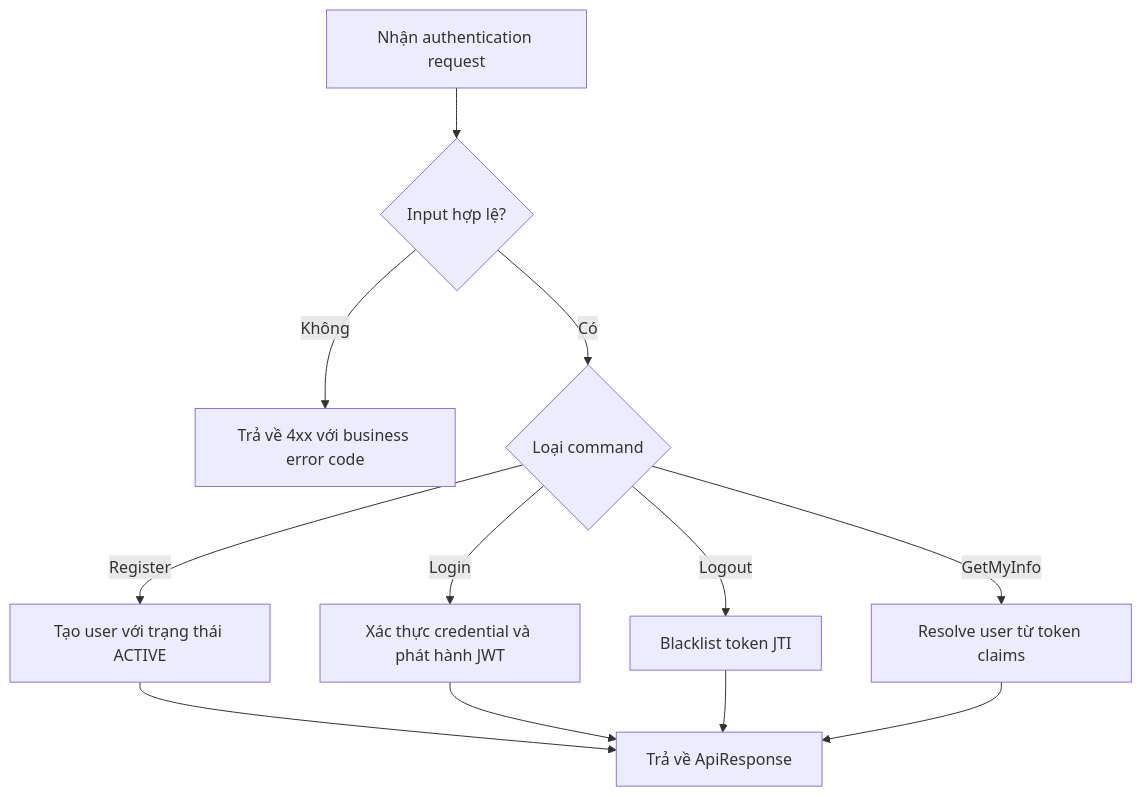
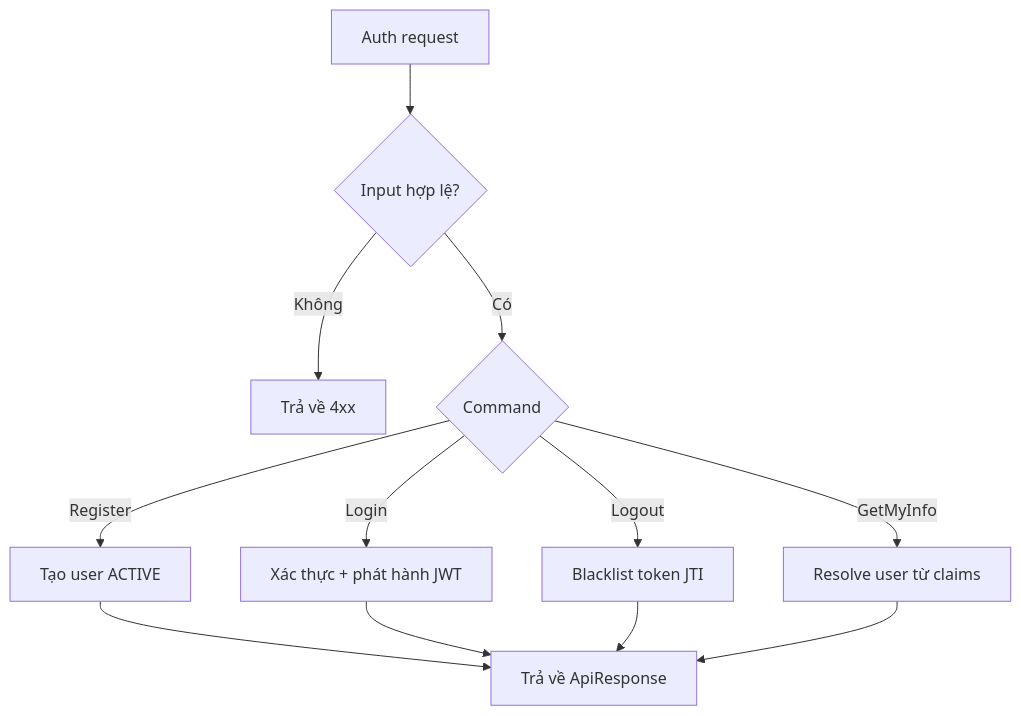
The third of 7 diagrams in analysis-and-design-ddd.md (baosatboiz/asd), drawn with Mermaid before and after one commit. The commit also changed other lines of this file, not shown here.

````diff
--- a/analysis-and-design-ddd.md
+++ b/analysis-and-design-ddd.md
@@ -264,14 +264,14 @@
 ```mermaid
 flowchart TD
-    A[Nhận authentication request] --> B{Input hợp lệ?}
-    B -->|Không| C[Trả về 4xx với business error code]
-    B -->|Có| D{Loại command}
-    D -->|Register| E[Tạo user với trạng thái ACTIVE]
-    D -->|Login| F[Xác thực credential và phát hành JWT]
+    A[Auth request] --> B{Input hợp lệ?}
+    B -->|Không| C[Trả về 4xx]
+    B -->|Có| D{Command}
+    D -->|Register| E[Tạo user ACTIVE]
+    D -->|Login| F[Xác thực + phát hành JWT]
     D -->|Logout| G[Blacklist token JTI]
-    D -->|GetMyInfo| H[Resolve user từ token claims]
+    D -->|GetMyInfo| H[Resolve user từ claims]
     E --> I[Trả về ApiResponse]
     F --> I
     G --> I
     H --> I
 ```
````
